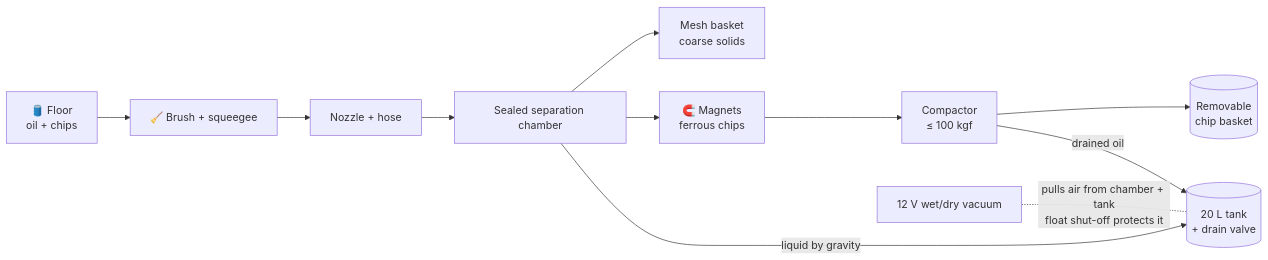
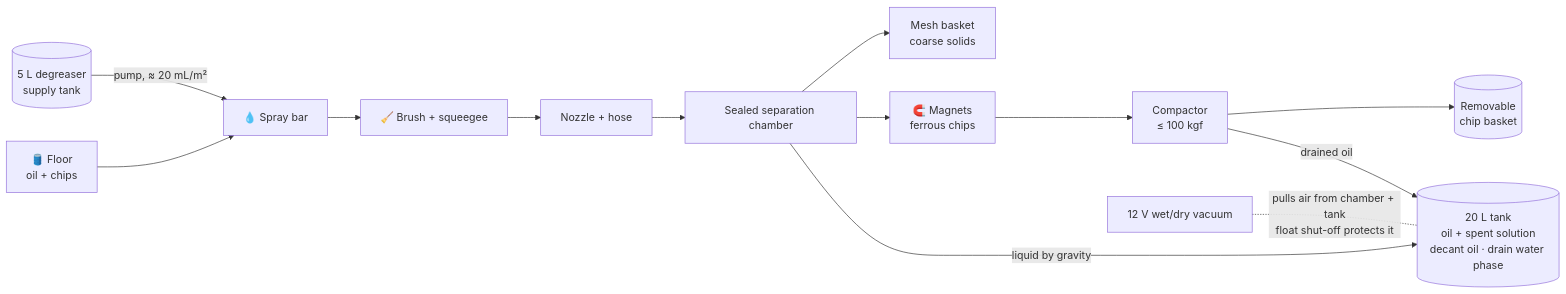
One commit to Happenedspice17/industrial-waste-clean-machine changed the first of 3 diagrams in README.md. Above: the diagram before and after it, drawn with Mermaid. The commit also changed other lines of this file and 28 other files, not shown here.

````diff
--- a/README.md
+++ b/README.md
@@ -94,13 +94,15 @@
 ```mermaid
 flowchart LR
-    F["🛢️ Floor<br/>oil + chips"] --> B["🧹 Brush + squeegee"]
+    D[("5 L degreaser<br/>supply tank")] -- "pump, ≈ 20 mL/m²" --> SP["💧 Spray bar"]
+    F["🛢️ Floor<br/>oil + chips"] --> SP
+    SP --> B["🧹 Brush + squeegee"]
     B --> N["Nozzle + hose"]
     N --> C["Sealed separation chamber"]
     C --> S1["Mesh basket<br/>coarse solids"]
     C --> S2["🧲 Magnets<br/>ferrous chips"]
     S2 --> K["Compactor<br/>≤ 100 kgf"]
     K --> BK[("Removable<br/>chip basket")]
-    C -- "liquid by gravity" --> T[("20 L tank<br/>+ drain valve")]
+    C -- "liquid by gravity" --> T[("20 L tank<br/>oil + spent solution<br/>decant oil · drain water phase")]
     K -- "drained oil" --> T
     V["12 V wet/dry vacuum"] -.-|"pulls air from chamber + tank<br/>float shut-off protects it"| T
 ```
````
